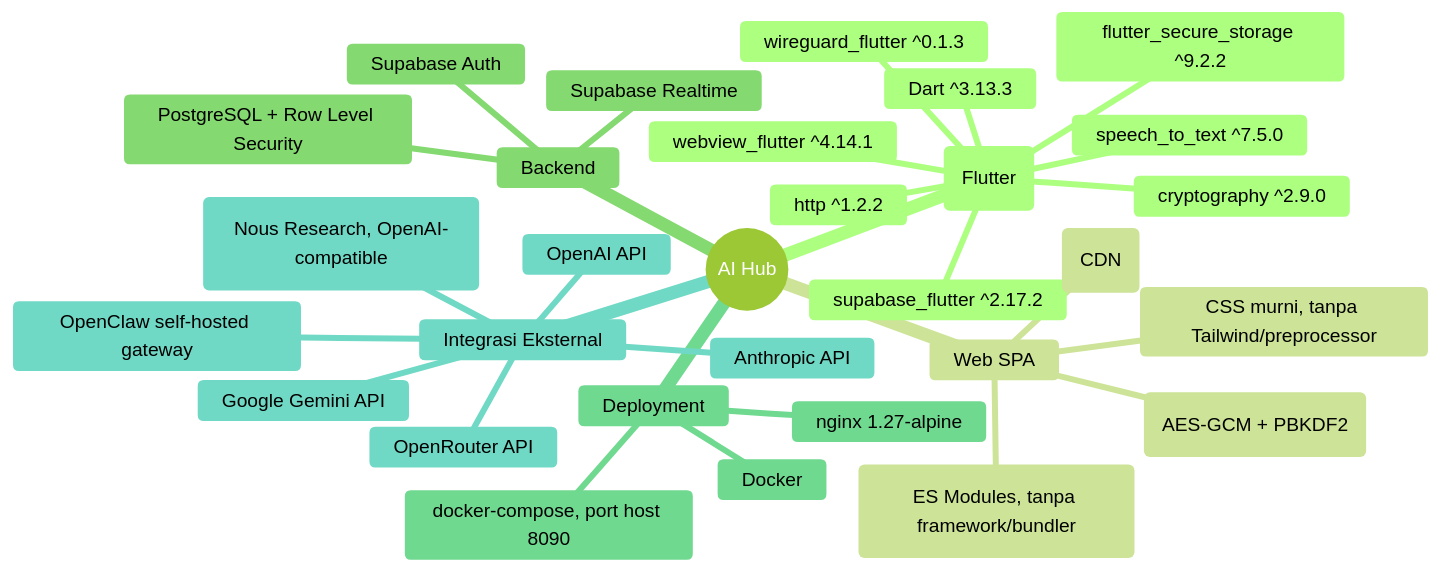
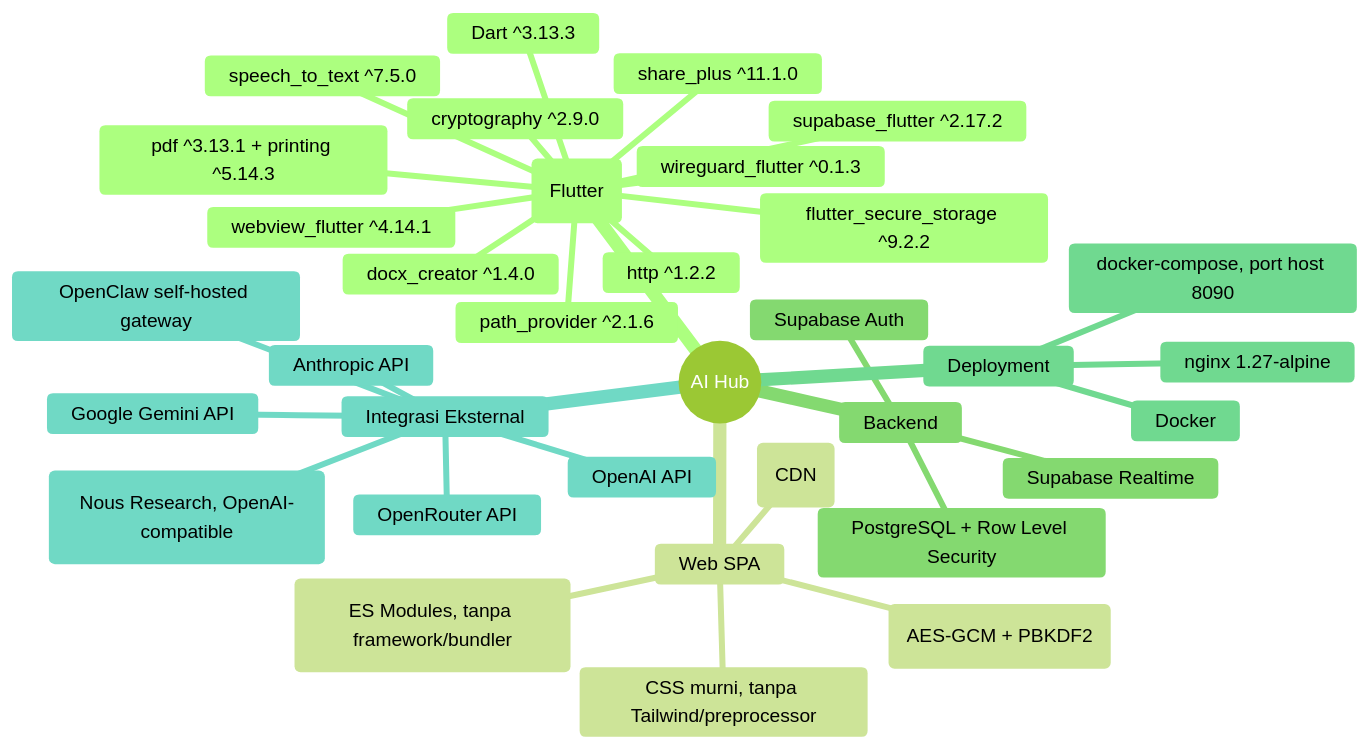
Before and after one commit to Khoirul-Yardan/PROJECT-MOBILE-APP: the first of 12 diagrams in docs/diagram-alur.md, drawn with Mermaid (forest theme). The commit also changed other lines of this file, not shown here.

Commit message:
docs: update diagram-alur.md to reflect Friend System removal and new Bot BPJS export flow

````diff
--- a/docs/diagram-alur.md
+++ b/docs/diagram-alur.md
@@ -27,33 +27,37 @@
 ```mermaid
 mindmap
   root((AI Hub))
     Native Shell (Flutter)
       Dart ^3.13.3
       supabase_flutter ^2.17.2
       webview_flutter ^4.14.1
       flutter_secure_storage ^9.2.2
       wireguard_flutter ^0.1.3
       speech_to_text ^7.5.0
       cryptography ^2.9.0
       http ^1.2.2
+      pdf ^3.13.1 + printing ^5.14.3
+      docx_creator ^1.4.0
+      share_plus ^11.1.0
+      path_provider ^2.1.6
     Web SPA
       Vanilla JS (ES Modules, tanpa framework/bundler)
       Supabase JS v2 (CDN)
       Web Crypto API (AES-GCM + PBKDF2)
       CSS murni, tanpa Tailwind/preprocessor
     Backend
       Supabase Auth
       PostgreSQL + Row Level Security
       Supabase Realtime
     Deployment
       Docker
       nginx 1.27-alpine
       docker-compose, port host 8090
     Integrasi Eksternal
       OpenAI API
       Anthropic API
       Google Gemini API
       OpenRouter API
       Hermes (Nous Research, OpenAI-compatible)
       OpenClaw self-hosted gateway
 ```
````
